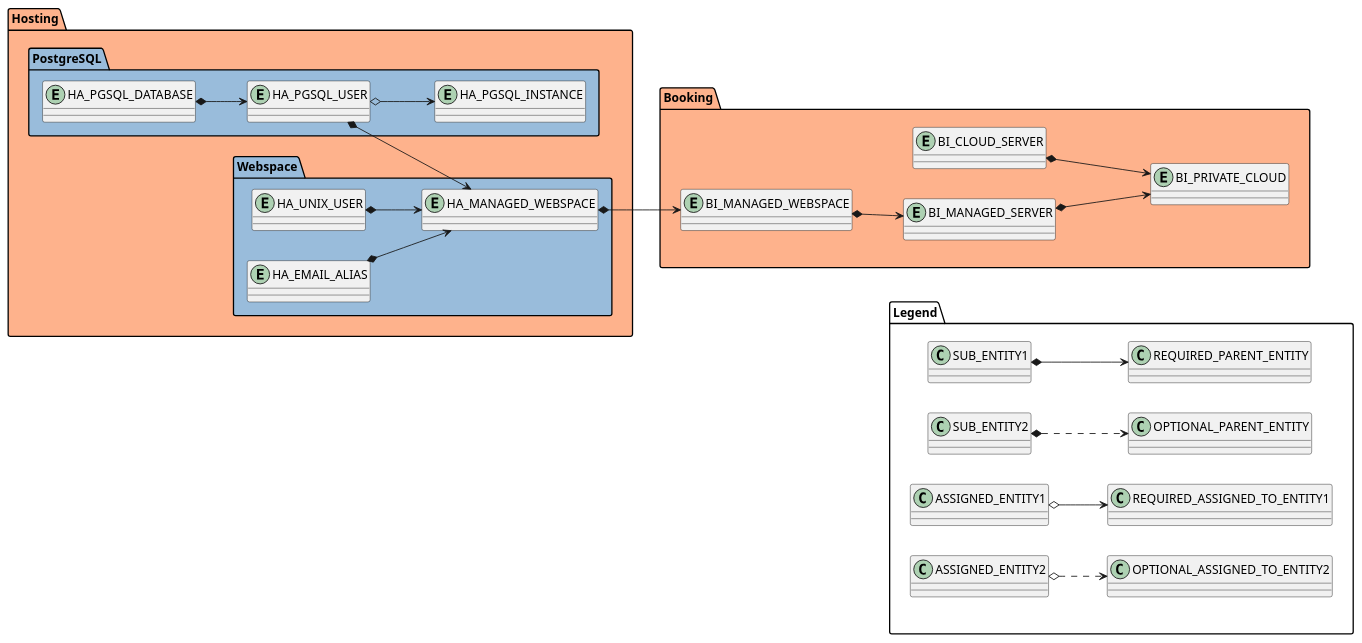
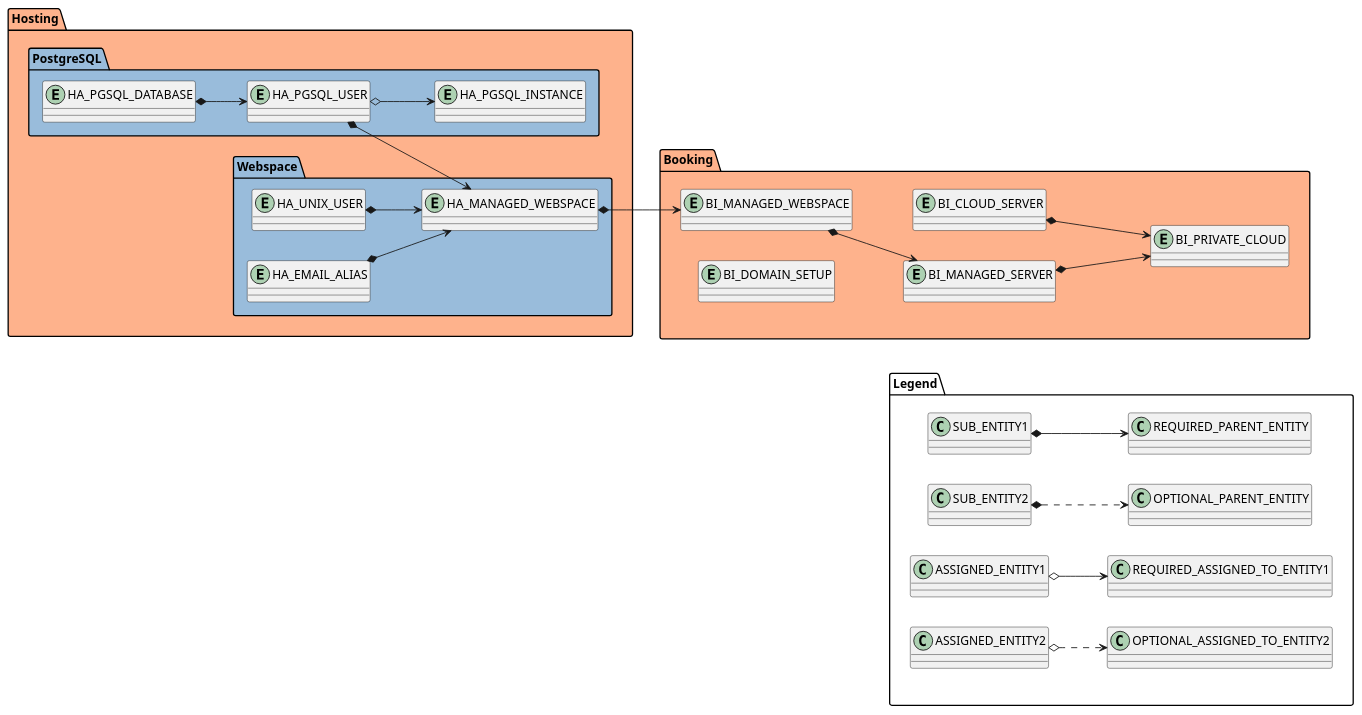
One commit to mhoennig/hs.hsadmin.ng changed the fourth of 4 diagrams in doc/hs-hosting-asset-type-structure.md. Above: the diagram before and after it, drawn with PlantUML. The commit also changed other lines of this file and 11 other files, not shown here.

Commit message:
ceate bookingitems for domain-setup hostingassets (#95)

````diff
--- a/doc/hs-hosting-asset-type-structure.md
+++ b/doc/hs-hosting-asset-type-structure.md
@@ -167,45 +171,46 @@
 ```plantuml
 @startuml
 left to right direction
 
 package Booking #feb28c {
     entity BI_PRIVATE_CLOUD
     entity BI_CLOUD_SERVER
     entity BI_MANAGED_SERVER
     entity BI_MANAGED_WEBSPACE
+    entity BI_DOMAIN_SETUP
 }
 
 package Hosting #feb28c{
     package PostgreSQL #99bcdb {
         entity HA_PGSQL_INSTANCE
         entity HA_PGSQL_USER
         entity HA_PGSQL_DATABASE
     }
 
     package Webspace #99bcdb {
         entity HA_MANAGED_WEBSPACE
         entity HA_UNIX_USER
         entity HA_EMAIL_ALIAS
     }
 
 }
 
 BI_CLOUD_SERVER *--> BI_PRIVATE_CLOUD
 BI_MANAGED_SERVER *--> BI_PRIVATE_CLOUD
 BI_MANAGED_WEBSPACE *--> BI_MANAGED_SERVER
 
 HA_MANAGED_WEBSPACE *==> BI_MANAGED_WEBSPACE
 HA_UNIX_USER *==> HA_MANAGED_WEBSPACE
 HA_EMAIL_ALIAS *==> HA_MANAGED_WEBSPACE
 HA_PGSQL_USER *==> HA_MANAGED_WEBSPACE
 HA_PGSQL_USER o--> HA_PGSQL_INSTANCE
 HA_PGSQL_DATABASE *==> HA_PGSQL_USER
 
 package Legend #white {
     SUB_ENTITY1 *--> REQUIRED_PARENT_ENTITY
     SUB_ENTITY2 *..> OPTIONAL_PARENT_ENTITY
     ASSIGNED_ENTITY1 o--> REQUIRED_ASSIGNED_TO_ENTITY1
     ASSIGNED_ENTITY2 o..> OPTIONAL_ASSIGNED_TO_ENTITY2
 }
 Booking -down[hidden]->Legend
 ```
````
